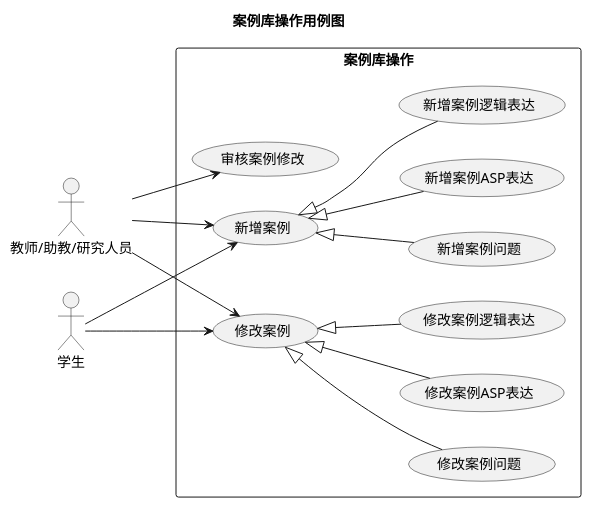
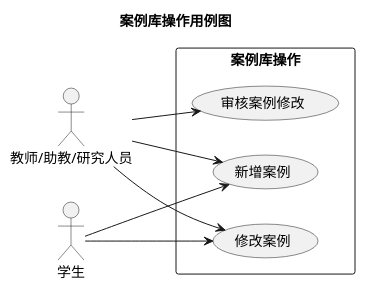
The ninth of 11 diagrams in platform-design/design-docs/my-usecase-design-v1.wsd (reaLJR/Logical-thinking-and-programming), drawn with PlantUML before and after one commit. The commit also changed other lines of this file and 26 other files, not shown here.

```diff
--- a/platform-design/design-docs/my-usecase-design-v1.wsd
+++ b/platform-design/design-docs/my-usecase-design-v1.wsd
@@ -774,40 +798,24 @@
 @startuml 案例库操作用例图
 title "案例库操作用例图"
 
 left to right direction
 
 
 actor "教师/助教/研究人员" as teacherAndAssistantAndExpert
 actor "学生" as student
 
 rectangle "案例库操作" {
     usecase (新增案例) as addCase
     usecase (修改案例) as editCase
     usecase (审核案例修改) as checkCaseEdit
-
-    usecase (新增案例问题) as addCaseQuestion
-    usecase (新增案例ASP表达) as addCaseAsp
-    usecase (新增案例逻辑表达) as addCaseLogic
-
-    usecase (修改案例问题) as editCaseQuestion
-    usecase (修改案例ASP表达) as editCaseAsp
-    usecase (修改案例逻辑表达) as editCaseLogic
 }
 
 teacherAndAssistantAndExpert --> addCase
 teacherAndAssistantAndExpert --> editCase
 teacherAndAssistantAndExpert --> checkCaseEdit
 
 student --> addCase
 student --> editCase
 
-addCase <|-- addCaseQuestion
-addCase <|-- addCaseAsp
-addCase <|-- addCaseLogic
-
-editCase <|-- editCaseQuestion
-editCase <|-- editCaseAsp
-editCase <|-- editCaseLogic
-
 
 @enduml
```
